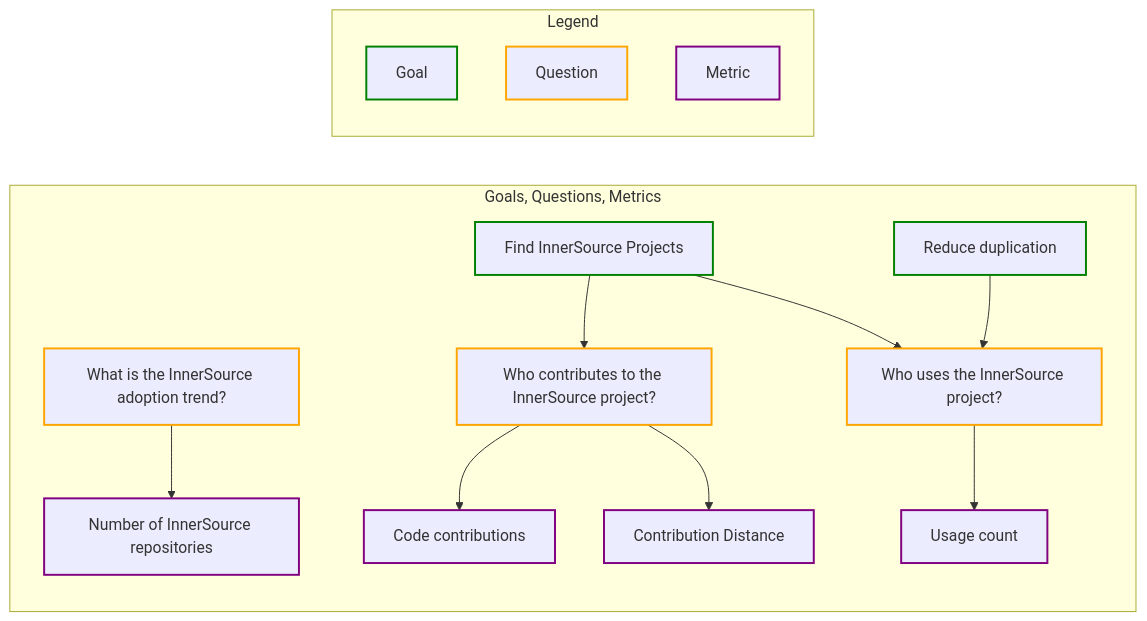
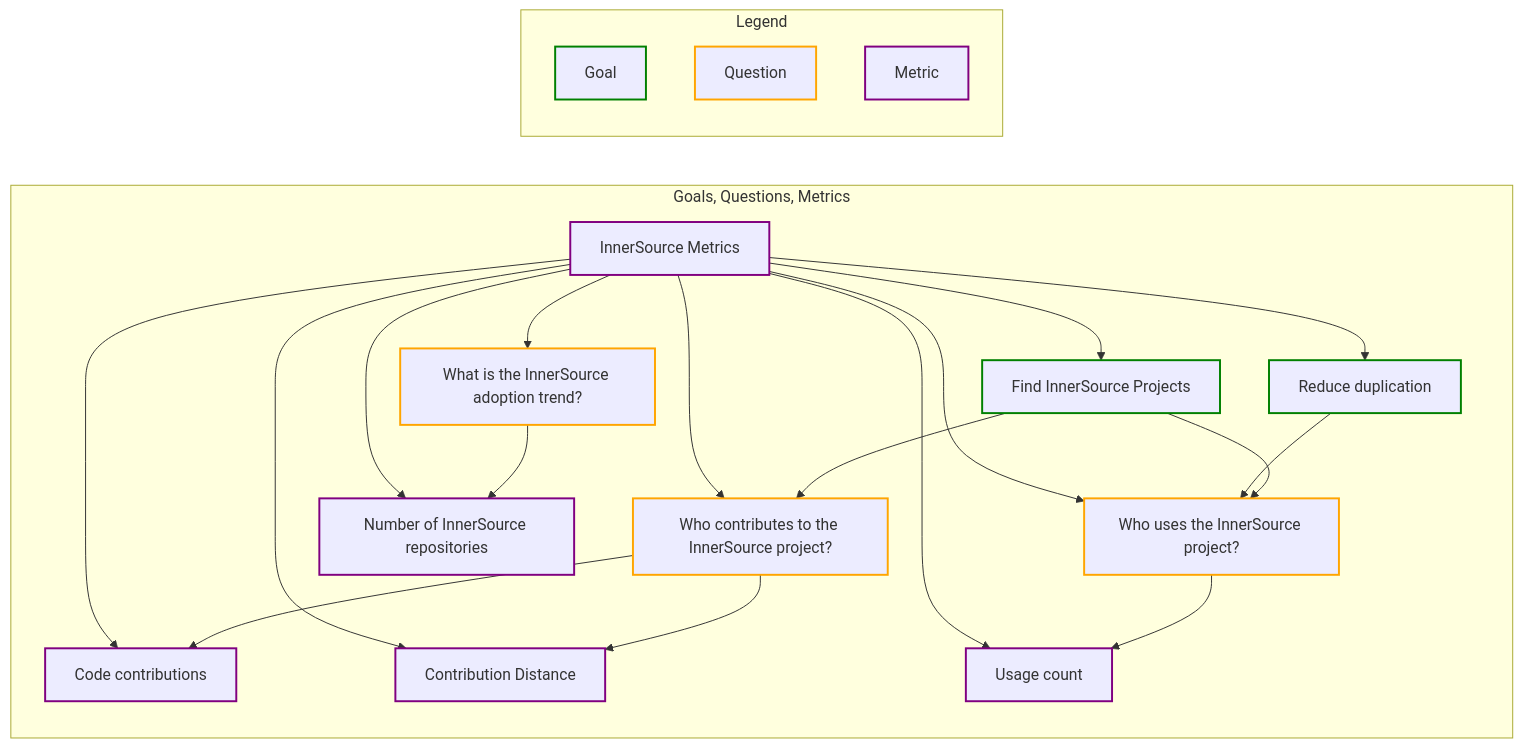
Before and after one commit to InnerSourceCommons/managing-innersource-projects: the diagram in measuring/use_gqm.md, drawn with Mermaid. The commit also changed 8 other files, not shown here.

````diff
--- a/measuring/use_gqm.md
+++ b/measuring/use_gqm.md
@@ -29,48 +29,63 @@
 ```mermaid
 graph LR;
   subgraph GQM[Goals, Questions, Metrics]
   %% begin nodes
     find-projects.md[Find InnerSource Projects]
+    index.md[InnerSource Goals]
     reduce-duplication.md[Reduce duplication]
     adoption-trend.md[What is the InnerSource adoption trend?]
+    index.md[InnerSource Questions]
     who-contributes.md[Who contributes to the InnerSource project?]
     who-uses.md[Who uses the InnerSource project?]
     code-contributions.md[Code contributions]
     contribution-distance.md[Contribution Distance]
+    index.md[InnerSource Metrics]
     number-of-innersource-repositories.md[Number of InnerSource repositories]
     usage-count.md[Usage count]
   %% begin edges
     find-projects.md-->who-uses.md
     find-projects.md-->who-contributes.md
+    index.md-->find-projects.md
+    index.md-->reduce-duplication.md
     reduce-duplication.md-->who-uses.md
     adoption-trend.md-->number-of-innersource-repositories.md
+    index.md-->adoption-trend.md
+    index.md-->who-contributes.md
+    index.md-->who-uses.md
     who-contributes.md-->code-contributions.md
     who-contributes.md-->contribution-distance.md
     who-uses.md-->usage-count.md
+    index.md-->code-contributions.md
+    index.md-->contribution-distance.md
+    index.md-->number-of-innersource-repositories.md
+    index.md-->usage-count.md
   %% begin clicks
-    click find-projects.md "/measuring/goals/find-projects" "Find InnerSource Projects"
-    click reduce-duplication.md "/measuring/goals/reduce-duplication" "Reduce duplication"
-    click adoption-trend.md "/measuring/questions/adoption-trend" "What is the InnerSource adoption trend?"
-    click who-contributes.md "/measuring/questions/who-contributes" "Who contributes to the InnerSource project?"
-    click who-uses.md "/measuring/questions/who-uses" "Who uses the InnerSource project?"
-    click code-contributions.md "/measuring/metrics/code-contributions" "Code contributions"
-    click contribution-distance.md "/measuring/metrics/contribution-distance" "Contribution Distance"
-    click number-of-innersource-repositories.md "/measuring/metrics/number-of-innersource-repositories" "Number of InnerSource repositories"
-    click usage-count.md "/measuring/metrics/usage-count" "Usage count"
+    click find-projects.md "goals/find-projects.html" "Find InnerSource Projects"
+    click index.md "goals/index.html" "InnerSource Goals"
+    click reduce-duplication.md "goals/reduce-duplication.html" "Reduce duplication"
+    click adoption-trend.md "questions/adoption-trend.html" "What is the InnerSource adoption trend?"
+    click index.md "questions/index.html" "InnerSource Questions"
+    click who-contributes.md "questions/who-contributes.html" "Who contributes to the InnerSource project?"
+    click who-uses.md "questions/who-uses.html" "Who uses the InnerSource project?"
+    click code-contributions.md "metrics/code-contributions.html" "Code contributions"
+    click contribution-distance.md "metrics/contribution-distance.html" "Contribution Distance"
+    click index.md "metrics/index.html" "InnerSource Metrics"
+    click number-of-innersource-repositories.md "metrics/number-of-innersource-repositories.html" "Number of InnerSource repositories"
+    click usage-count.md "metrics/usage-count.html" "Usage count"
   end
   subgraph Legend
     direction TB
     goal[Goal]
     question[Question]
     metric[Metric]
 
     classDef goals stroke:green,stroke-width:2px;
-    class goal,find-projects.md,reduce-duplication.md goals
+    class goal,find-projects.md,index.md,reduce-duplication.md goals
 
     classDef questions stroke:orange,stroke-width:2px;
-    class question,adoption-trend.md,who-contributes.md,who-uses.md questions
+    class question,adoption-trend.md,index.md,who-contributes.md,who-uses.md questions
 
     classDef metrics stroke:purple,stroke-width:2px;
-    class metric,code-contributions.md,contribution-distance.md,number-of-innersource-repositories.md,usage-count.md metrics
+    class metric,code-contributions.md,contribution-distance.md,index.md,number-of-innersource-repositories.md,usage-count.md metrics
   end
 ```
````
